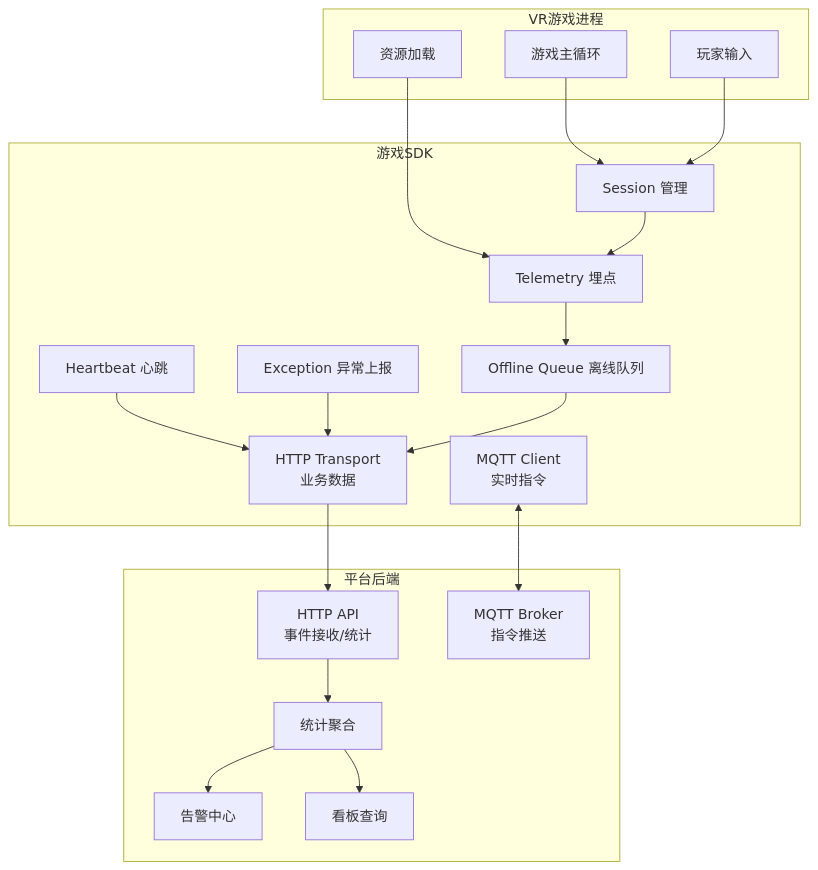
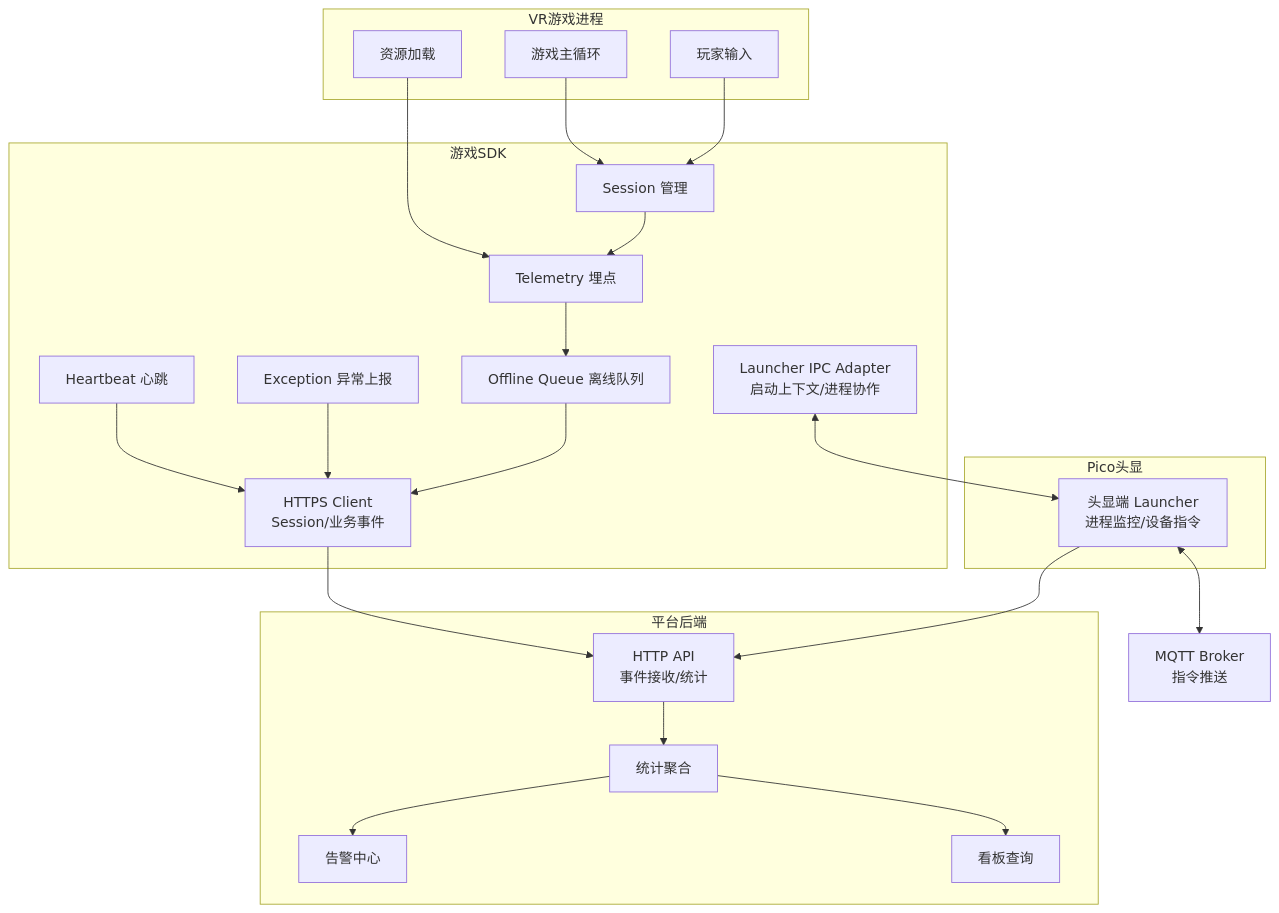
Before and after one commit to andy685/VRtouhaokongjian: the first of 3 diagrams in docs/游戏SDK开发文档.md, drawn with Mermaid. The commit also changed other lines of this file and 1 other file, not shown here.

First line of the commit message:
docs: define launcher sdk IPC contract

````diff
--- a/docs/游戏SDK开发文档.md
+++ b/docs/游戏SDK开发文档.md
@@ -97,40 +100,45 @@
 ```mermaid
 flowchart TB
     subgraph Game["VR游戏进程"]
         G1["游戏主循环"]
         G2["资源加载"]
         G3["玩家输入"]
     end
 
     subgraph SDK["游戏SDK"]
         S1["Session 管理"]
         S2["Telemetry 埋点"]
         S3["Heartbeat 心跳"]
         S4["Exception 异常上报"]
         S5["Offline Queue 离线队列"]
-        S6["HTTP Transport<br/>业务数据"]
-        S7["MQTT Client<br/>实时指令"]
+        S6["HTTPS Client<br/>Session/业务事件"]
+        S7["Launcher IPC Adapter<br/>启动上下文/进程协作"]
+    end
+
+    subgraph Headset["Pico头显"]
+        L1["头显端 Launcher<br/>进程监控/设备指令"]
     end
 
     subgraph Backend["平台后端"]
         B1["HTTP API<br/>事件接收/统计"]
-        B2["MQTT Broker<br/>指令推送"]
         B3["统计聚合"]
         B4["告警中心"]
         B5["看板查询"]
     end
 
     G1 --> S1
     G2 --> S2
     G3 --> S1
     S1 --> S2
     S3 --> S6
     S4 --> S6
     S2 --> S5
     S5 --> S6
     S6 --> B1
-    S7 <--> B2
+    S7 <--> L1
+    L1 --> B1
+    L1 <--> B6["MQTT Broker<br/>指令推送"]
     B1 --> B3
     B3 --> B4
     B3 --> B5
 ```
````
